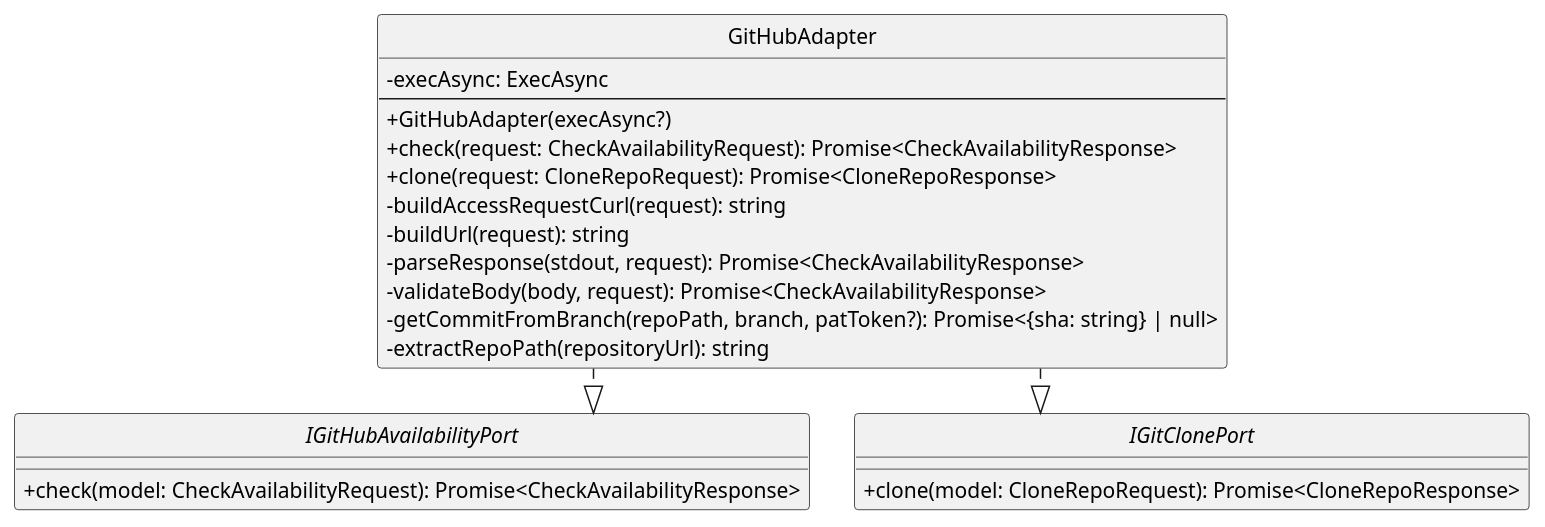
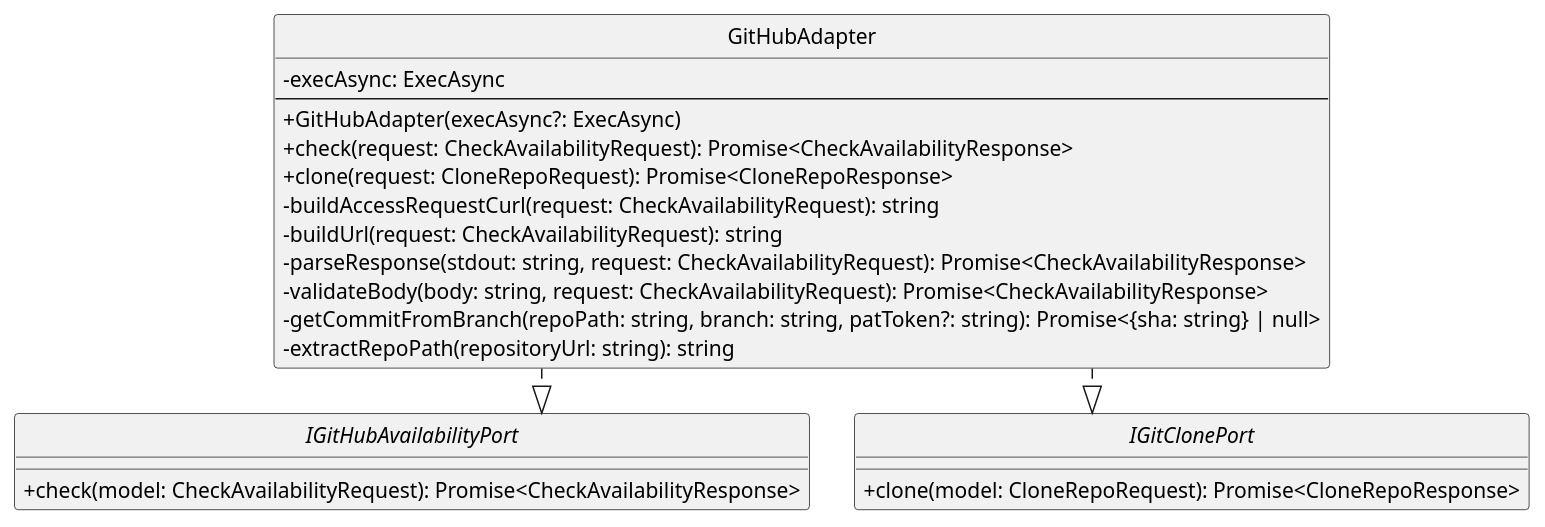
One commit to SkarabGroup/DocumentazioneProgetto changed the diagram in assets/st_diagrams/code/plantuml/analysis/infrastructure/adapters/github.adapter.plantuml. Above: the diagram before and after it, drawn with PlantUML. The commit also changed 4 other files, not shown here.

```diff
--- a/assets/st_diagrams/code/plantuml/analysis/infrastructure/adapters/github.adapter.plantuml
+++ b/assets/st_diagrams/code/plantuml/analysis/infrastructure/adapters/github.adapter.plantuml
@@ -1,33 +1,33 @@
 @startuml GitHubAdapter
 skinparam componentStyle uml2.5
 skinparam linetype ortho
 skinparam nodesep 30
 skinparam ranksep 30
 skinparam ClassAttributeIconSize 0
 hide circles
 
 interface IGitHubAvailabilityPort {
     + check(model: CheckAvailabilityRequest): Promise<CheckAvailabilityResponse>
 }
 
 interface IGitClonePort {
     + clone(model: CloneRepoRequest): Promise<CloneRepoResponse>
 }
 
 class GitHubAdapter {
     - execAsync: ExecAsync
     ---
-    + GitHubAdapter(execAsync?)
+    + GitHubAdapter(execAsync?: ExecAsync)
     + check(request: CheckAvailabilityRequest): Promise<CheckAvailabilityResponse>
     + clone(request: CloneRepoRequest): Promise<CloneRepoResponse>
-    - buildAccessRequestCurl(request): string
-    - buildUrl(request): string
-    - parseResponse(stdout, request): Promise<CheckAvailabilityResponse>
-    - validateBody(body, request): Promise<CheckAvailabilityResponse>
-    - getCommitFromBranch(repoPath, branch, patToken?): Promise<{sha: string} | null>
-    - extractRepoPath(repositoryUrl): string
+    - buildAccessRequestCurl(request: CheckAvailabilityRequest): string
+    - buildUrl(request: CheckAvailabilityRequest): string
+    - parseResponse(stdout: string, request: CheckAvailabilityRequest): Promise<CheckAvailabilityResponse>
+    - validateBody(body: string, request: CheckAvailabilityRequest): Promise<CheckAvailabilityResponse>
+    - getCommitFromBranch(repoPath: string, branch: string, patToken?: string): Promise<{sha: string} | null>
+    - extractRepoPath(repositoryUrl: string): string
 }
 
 GitHubAdapter ..|> IGitHubAvailabilityPort
 GitHubAdapter ..|> IGitClonePort
 @enduml
```
